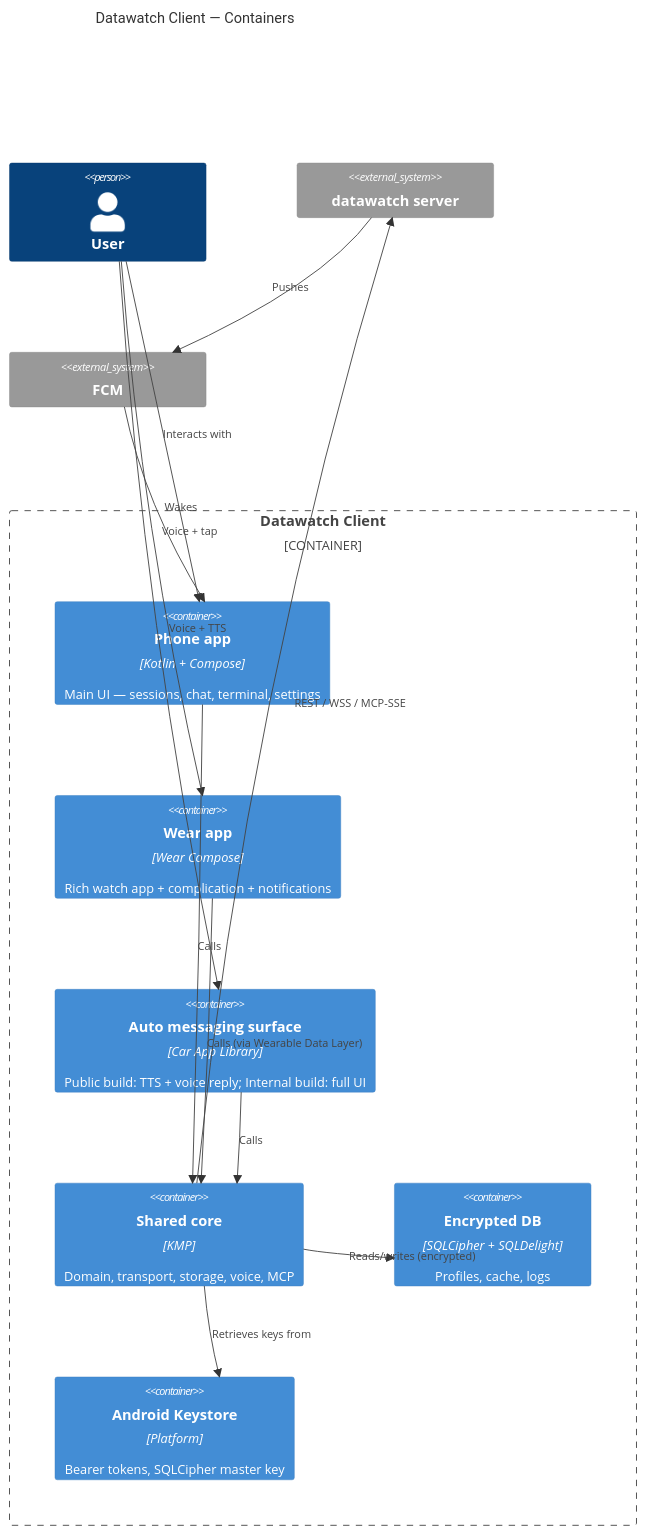
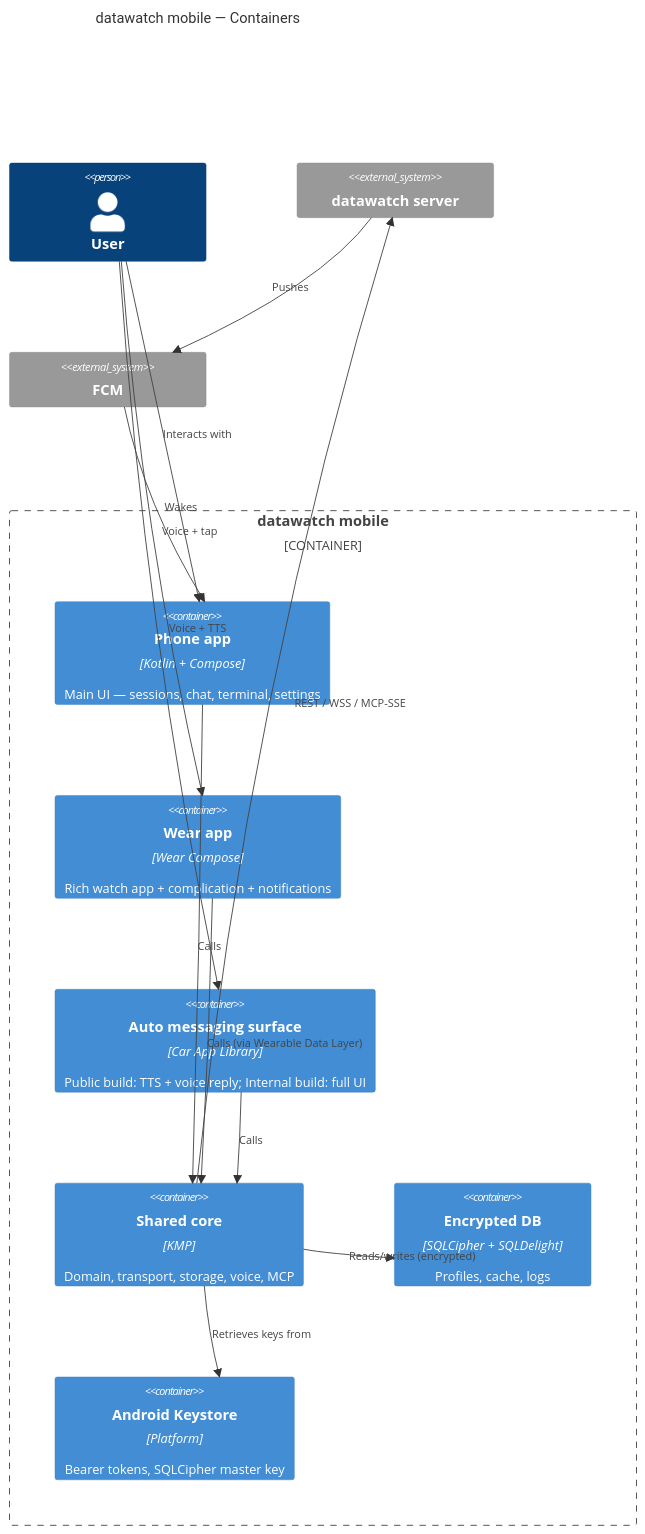
The second of 3 diagrams in docs/architecture.md (dmz006/datawatch-app), drawn with Mermaid before and after one commit. The commit also changed other lines of this file and 22 other files, not shown here.

First line of the commit message:
chore: user-facing app name is lowercase "datawatch" (ADR-0041)

````diff
--- a/docs/architecture.md
+++ b/docs/architecture.md
@@ -32,30 +32,30 @@
 ```mermaid
 C4Container
-    title Datawatch Client — Containers
+    title datawatch mobile — Containers
     Person(user, "User")
 
-    Container_Boundary(app, "Datawatch Client") {
+    Container_Boundary(app, "datawatch mobile") {
         Container(phoneApp, "Phone app", "Kotlin + Compose", "Main UI — sessions, chat, terminal, settings")
         Container(wearApp, "Wear app", "Wear Compose", "Rich watch app + complication + notifications")
         Container(autoApp, "Auto messaging surface", "Car App Library", "Public build: TTS + voice reply; Internal build: full UI")
         Container(shared, "Shared core", "KMP", "Domain, transport, storage, voice, MCP")
         Container(db, "Encrypted DB", "SQLCipher + SQLDelight", "Profiles, cache, logs")
         Container(ks, "Android Keystore", "Platform", "Bearer tokens, SQLCipher master key")
     }
 
     System_Ext(dw, "datawatch server")
     System_Ext(fcm, "FCM")
 
     Rel(user, phoneApp, "Interacts with")
     Rel(user, wearApp, "Voice + tap")
     Rel(user, autoApp, "Voice + TTS")
 
     Rel(phoneApp, shared, "Calls")
     Rel(wearApp, shared, "Calls (via Wearable Data Layer)")
     Rel(autoApp, shared, "Calls")
     Rel(shared, db, "Reads/writes (encrypted)")
     Rel(shared, ks, "Retrieves keys from")
     Rel(shared, dw, "REST / WSS / MCP-SSE")
     Rel(dw, fcm, "Pushes")
     Rel(fcm, phoneApp, "Wakes")
 ```
````
